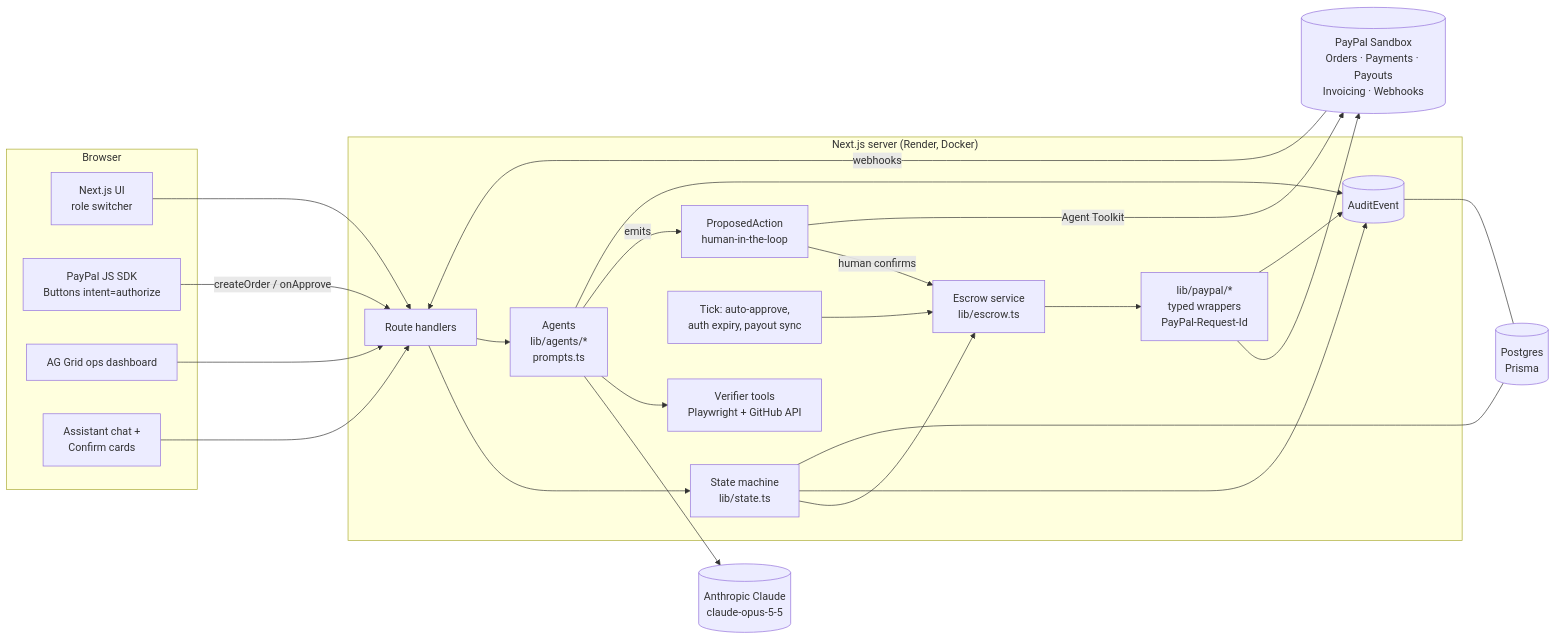
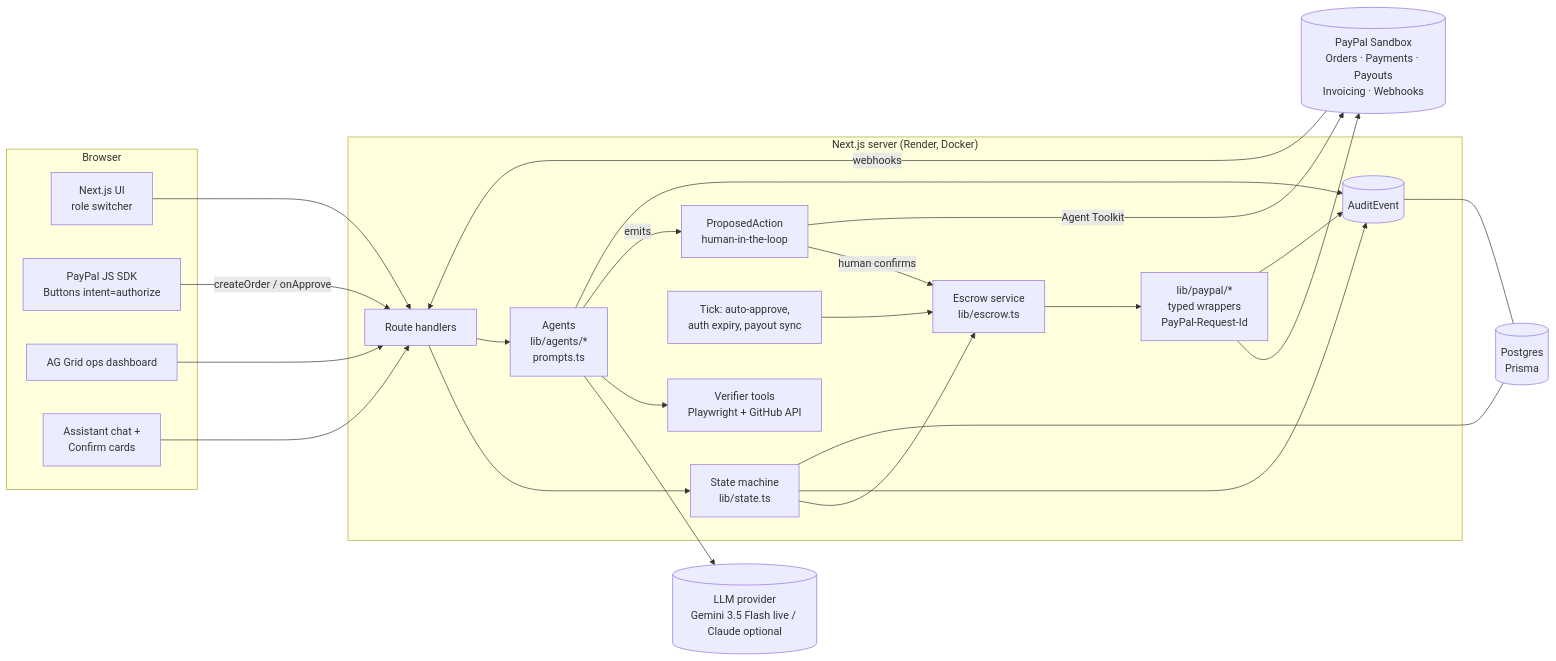
Before and after one commit to shivangiS04/settle: the diagram in README.md, drawn with Mermaid. The commit also changed other lines of this file and 7 other files, not shown here.

Commit message:
Docs/UI match the live setup: Gemini 3.5 Flash live, Claude optional; provider-neutral UI labels

````diff
--- a/README.md
+++ b/README.md
@@ -46,42 +46,42 @@
 ```mermaid
 flowchart LR
   subgraph Browser
     UI[Next.js UI<br/>role switcher]
     BTN[PayPal JS SDK<br/>Buttons intent=authorize]
     GRID[AG Grid ops dashboard]
     CHAT[Assistant chat +<br/>Confirm cards]
   end
 
   subgraph Server["Next.js server (Render, Docker)"]
     API[Route handlers]
     SM[State machine<br/>lib/state.ts]
     ESC[Escrow service<br/>lib/escrow.ts]
     PP[lib/paypal/*<br/>typed wrappers<br/>PayPal-Request-Id]
     AG[Agents<br/>lib/agents/*<br/>prompts.ts]
     VER[Verifier tools<br/>Playwright + GitHub API]
     PA[ProposedAction<br/>human-in-the-loop]
     TICK[Tick: auto-approve,<br/>auth expiry, payout sync]
     AUD[(AuditEvent)]
   end
 
   DB[(Postgres<br/>Prisma)]
   PAYPAL[(PayPal Sandbox<br/>Orders · Payments · Payouts<br/>Invoicing · Webhooks)]
-  CLAUDE[(Anthropic Claude<br/>claude-opus-5-5)]
+  LLM[(LLM provider<br/>Gemini 3.5 Flash live / Claude optional)]
 
   UI --> API
   BTN -->|createOrder / onApprove| API
   GRID --> API
   CHAT --> API
   API --> SM --> ESC --> PP --> PAYPAL
-  API --> AG --> CLAUDE
+  API --> AG --> LLM
   AG --> VER
   AG -->|emits| PA -->|human confirms| ESC
   PA -->|Agent Toolkit| PAYPAL
   PAYPAL -->|webhooks| API
   TICK --> ESC
   PP --> AUD
   AG --> AUD
   SM --> AUD
   AUD --- DB
   SM --- DB
 ```
````
